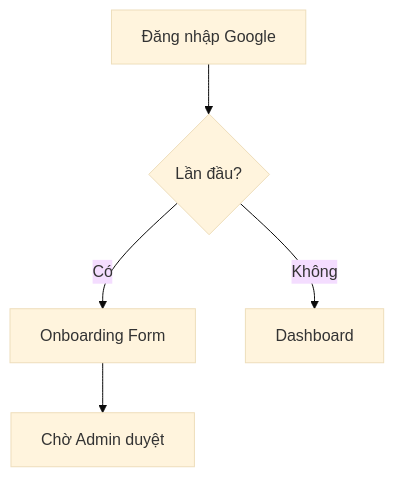
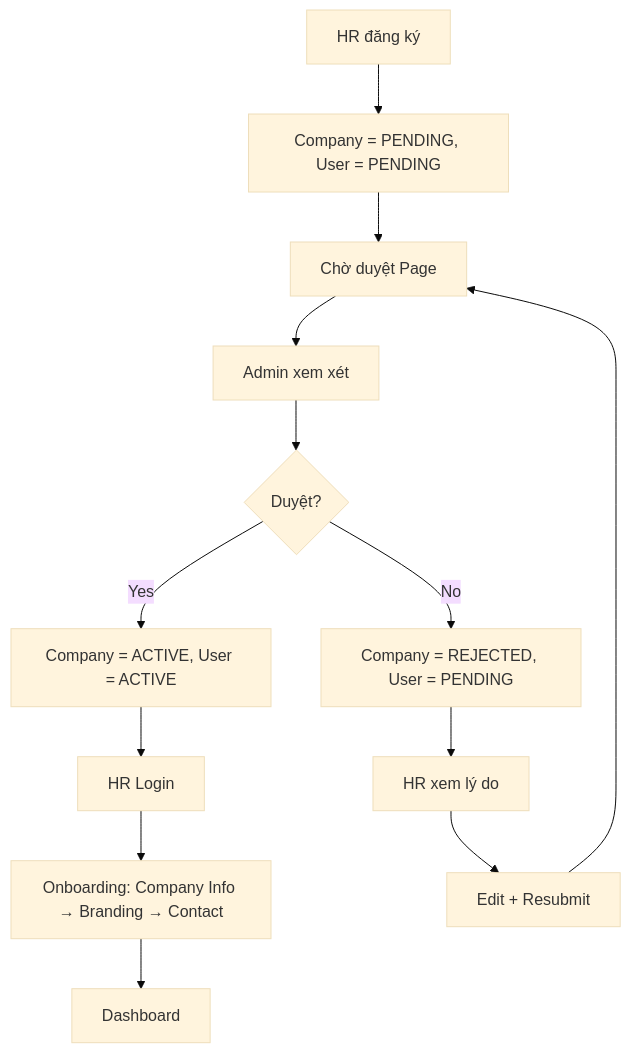
The diagram in nghiep_vu/epic-01_Authentication_Onboarding/brief.md (VanHaPtit/EasyTech_FE), drawn with Mermaid (base theme) before and after one commit. The commit also changed other lines of this file and 227 other files, not shown here.

````diff
--- a/nghiep_vu/epic-01_Authentication_Onboarding/brief.md
+++ b/nghiep_vu/epic-01_Authentication_Onboarding/brief.md
@@ -12,7 +26,15 @@
 ```mermaid
 graph TD
-  A[Đăng nhập Google] --> B{Lần đầu?}
-  B -- Có --> C[Onboarding Form]
-  B -- Không --> D[Dashboard]
-  C --> E[Chờ Admin duyệt]
+  A[HR đăng ký] --> B[Company = PENDING, User = PENDING]
+  B --> C[Chờ duyệt Page]
+  C --> D[Admin xem xét]
+  D --> E{Duyệt?}
+  E -- Yes --> F[Company = ACTIVE, User = ACTIVE]
+  F --> G[HR Login]
+  G --> H[Onboarding: Company Info → Branding → Contact]
+  H --> I[Dashboard]
+  E -- No --> J[Company = REJECTED, User = PENDING]
+  J --> K[HR xem lý do]
+  K --> L[Edit + Resubmit]
+  L --> C
 ```
````
